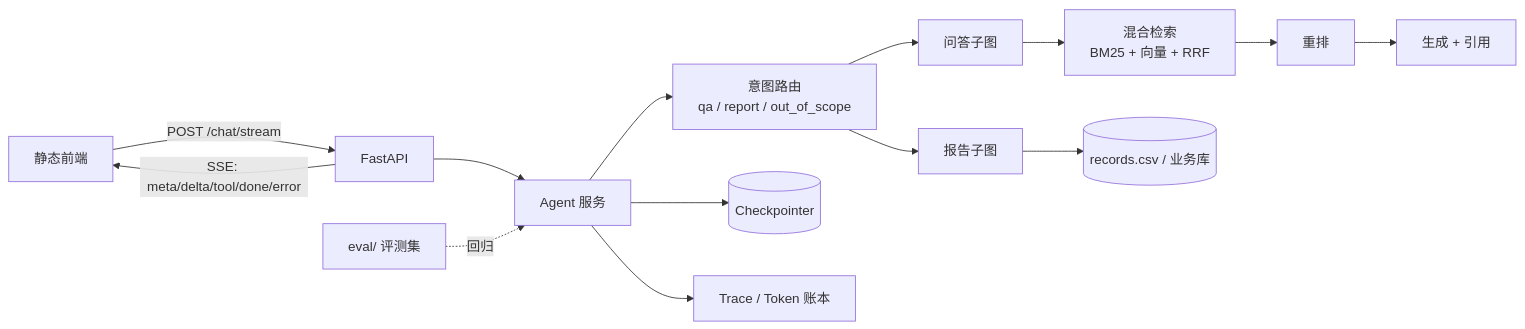
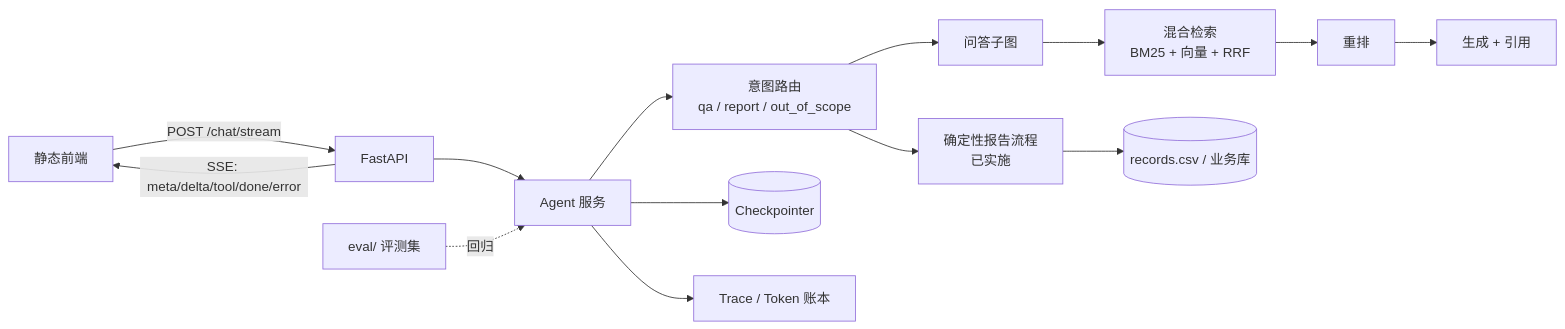
Before and after one commit to jadeji00/RAG_Service_Agent: the second of 2 diagrams in docs/design.md, drawn with Mermaid. The commit also changed other lines of this file and 28 other files, not shown here.

````diff
--- a/docs/design.md
+++ b/docs/design.md
@@ -40,16 +43,16 @@
 ```mermaid
 flowchart LR
     W[静态前端] -->|POST /chat/stream| F[FastAPI]
     F -->|SSE: meta/delta/tool/done/error| W
     F --> A[Agent 服务]
     A --> RT[意图路由<br/>qa / report / out_of_scope]
     RT --> QA[问答子图]
-    RT --> RP[报告子图]
+    RT --> RP[确定性报告流程<br/>已实施]
     QA --> HY[混合检索<br/>BM25 + 向量 + RRF]
     HY --> RR[重排]
     RR --> AN[生成 + 引用]
     RP --> DB[(records.csv / 业务库)]
     A --> CK[(Checkpointer)]
     A --> TR[Trace / Token 账本]
     E[eval/ 评测集] -.回归.-> A
 ```
````
